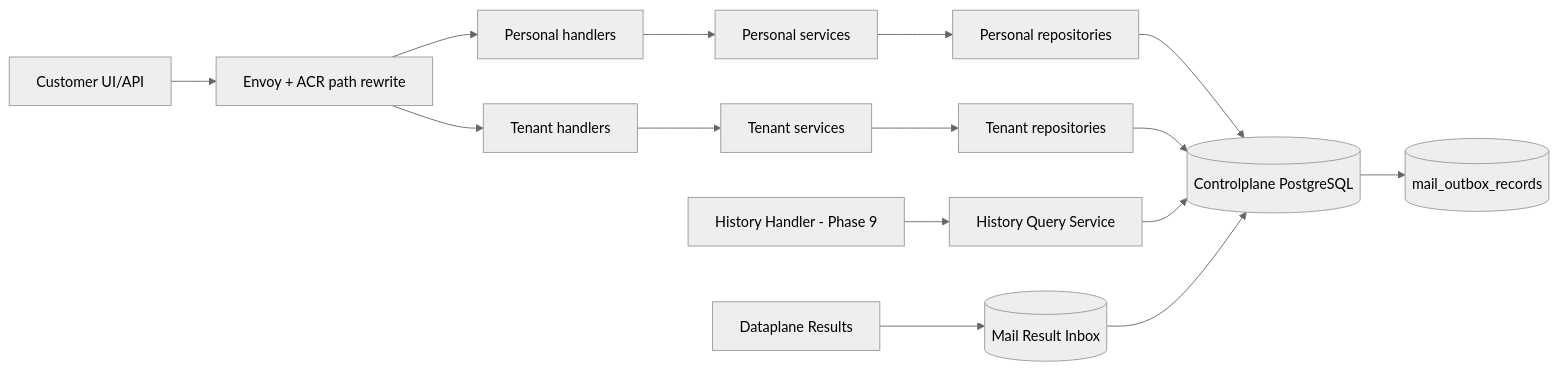
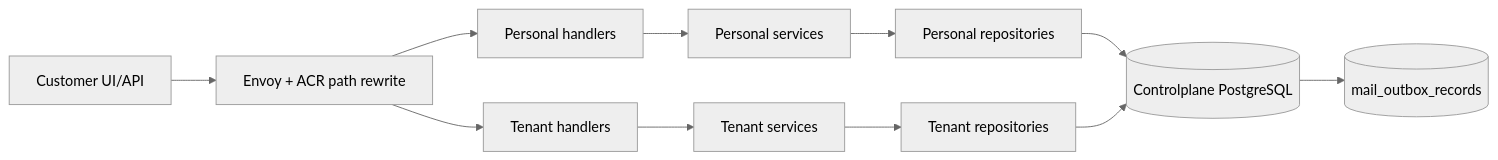
Before and after one commit to phucle996/aurora: the first of 4 diagrams in god_view/mail/controlplane_mail_configuration_god_view.md, drawn with Mermaid (neutral theme). The commit also changed other lines of this file and 77 other files, not shown here.

````diff
--- a/god_view/mail/controlplane_mail_configuration_god_view.md
+++ b/god_view/mail/controlplane_mail_configuration_god_view.md
@@ -38,17 +38,13 @@
 ```mermaid
 flowchart LR
     UI[Customer UI/API] --> ACR[Envoy + ACR path rewrite]
     ACR --> PH[Personal handlers]
     ACR --> TH[Tenant handlers]
     PH --> PS[Personal services]
     TH --> TS[Tenant services]
     PS --> PR[Personal repositories]
     TS --> TR[Tenant repositories]
     PR --> DB[(Controlplane PostgreSQL)]
     TR --> DB
     DB --> OUT[(mail_outbox_records)]
-    HH[History Handler - Phase 9] --> HS[History Query Service]
-    HS --> DB
-    DP[Dataplane Results] --> IN[(Mail Result Inbox)]
-    IN --> DB
 ```
````
